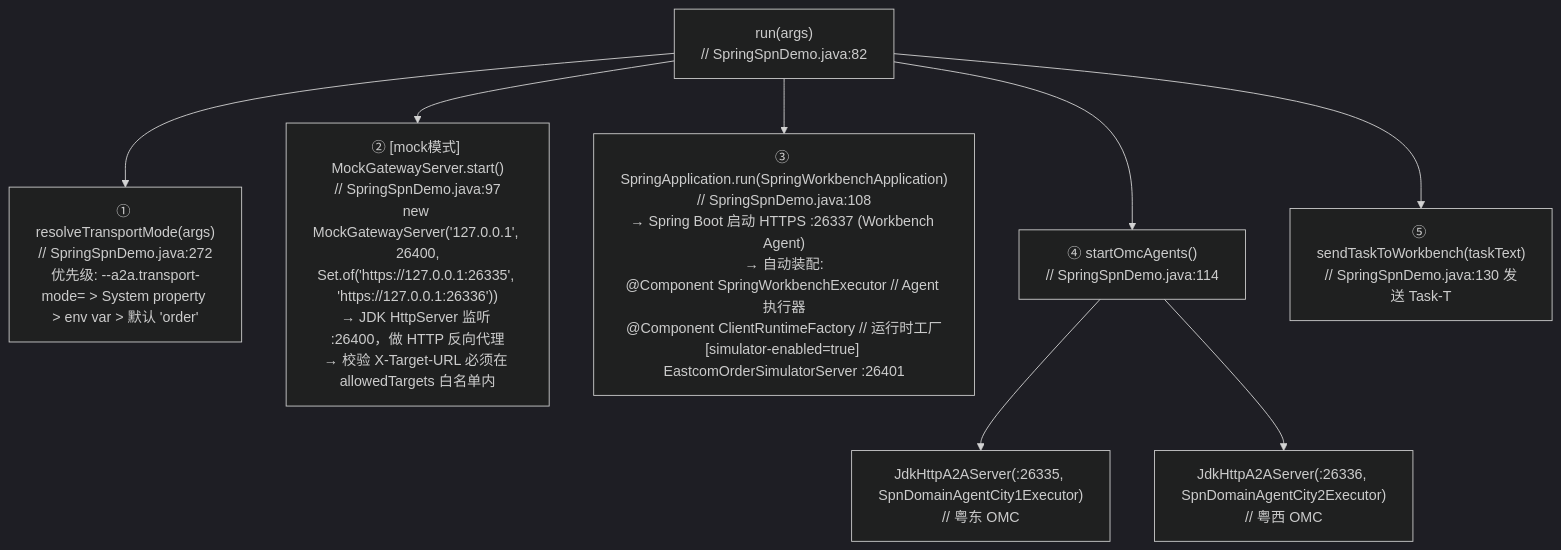
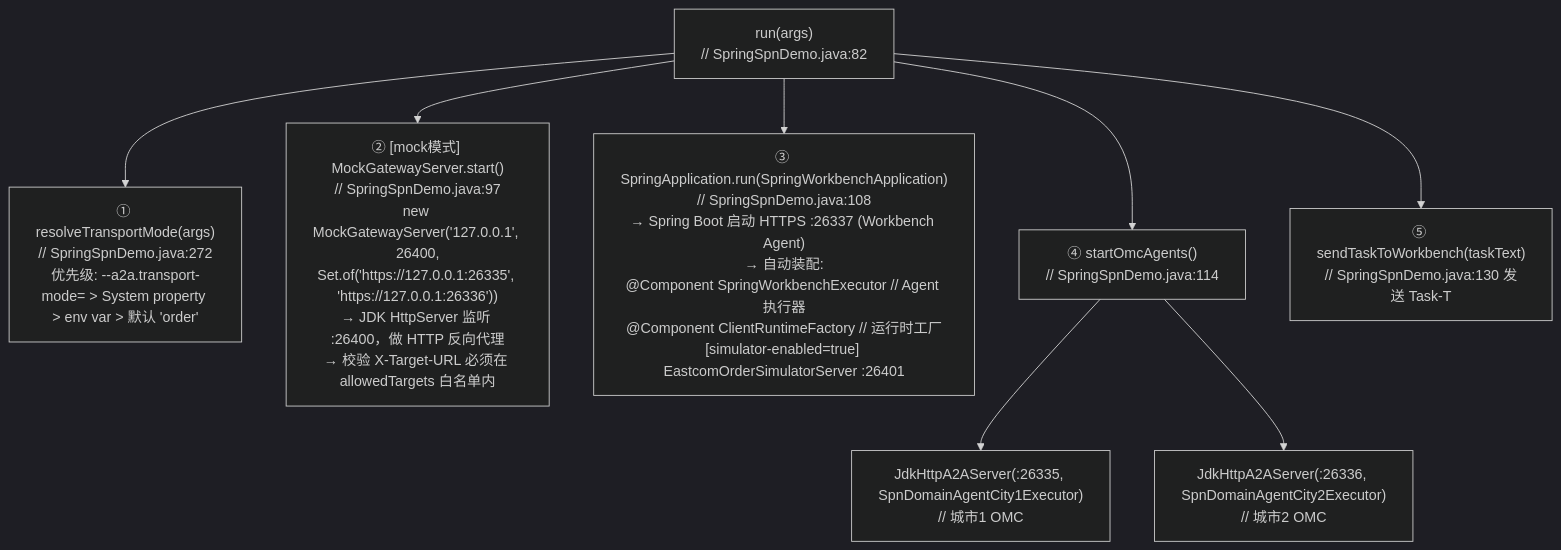
Before and after one commit to Zhoujie628/workflow-engine-sdk-java: the second of 8 diagrams in docs/zh/SpringSpnDemo调用链路.md, drawn with Mermaid (dark theme). The commit also changed other lines of this file and 14 other files, not shown here.

````diff
--- a/docs/zh/SpringSpnDemo调用链路.md
+++ b/docs/zh/SpringSpnDemo调用链路.md
@@ -15,11 +15,11 @@
 ```mermaid
 graph TD
     A["run(args)<br/>// SpringSpnDemo.java:82"]
     A --> B["① resolveTransportMode(args)<br/>// SpringSpnDemo.java:272<br/>优先级: --a2a.transport-mode= &gt; System property &gt; env var &gt; 默认 'order'"]
     A --> C["② [mock模式] MockGatewayServer.start()<br/>// SpringSpnDemo.java:97<br/>new MockGatewayServer('127.0.0.1', 26400,<br/>Set.of('https://127.0.0.1:26335', 'https://127.0.0.1:26336'))<br/>→ JDK HttpServer 监听 :26400，做 HTTP 反向代理<br/>→ 校验 X-Target-URL 必须在 allowedTargets 白名单内"]
     A --> D["③ SpringApplication.run(SpringWorkbenchApplication)<br/>// SpringSpnDemo.java:108<br/>→ Spring Boot 启动 HTTPS :26337 (Workbench Agent)<br/>→ 自动装配:<br/>@Component SpringWorkbenchExecutor // Agent 执行器<br/>@Component ClientRuntimeFactory // 运行时工厂<br/>[simulator-enabled=true] EastcomOrderSimulatorServer :26401"]
     A --> E["④ startOmcAgents()<br/>// SpringSpnDemo.java:114"]
-    E --> F["JdkHttpA2AServer(:26335, SpnDomainAgentCity1Executor)<br/>// 粤东 OMC"]
-    E --> G["JdkHttpA2AServer(:26336, SpnDomainAgentCity2Executor)<br/>// 粤西 OMC"]
+    E --> F["JdkHttpA2AServer(:26335, SpnDomainAgentCity1Executor)<br/>// 城市1 OMC"]
+    E --> G["JdkHttpA2AServer(:26336, SpnDomainAgentCity2Executor)<br/>// 城市2 OMC"]
     A --> H["⑤ sendTaskToWorkbench(taskText)<br/>// SpringSpnDemo.java:130 发送 Task-T"]
 ```
````
